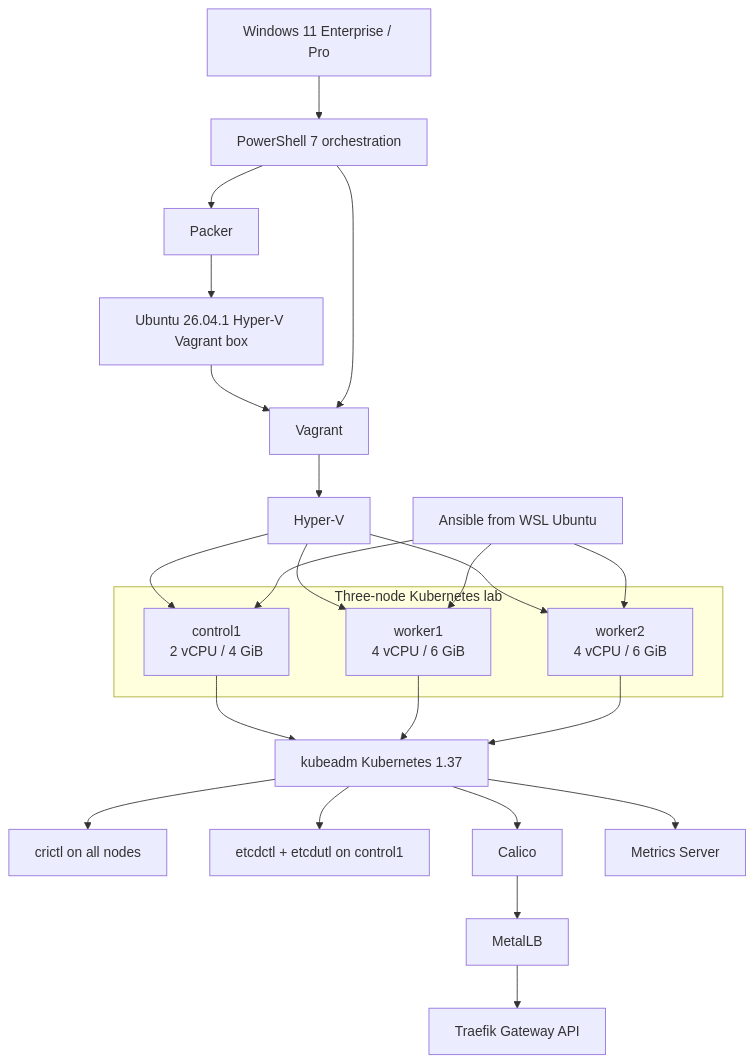
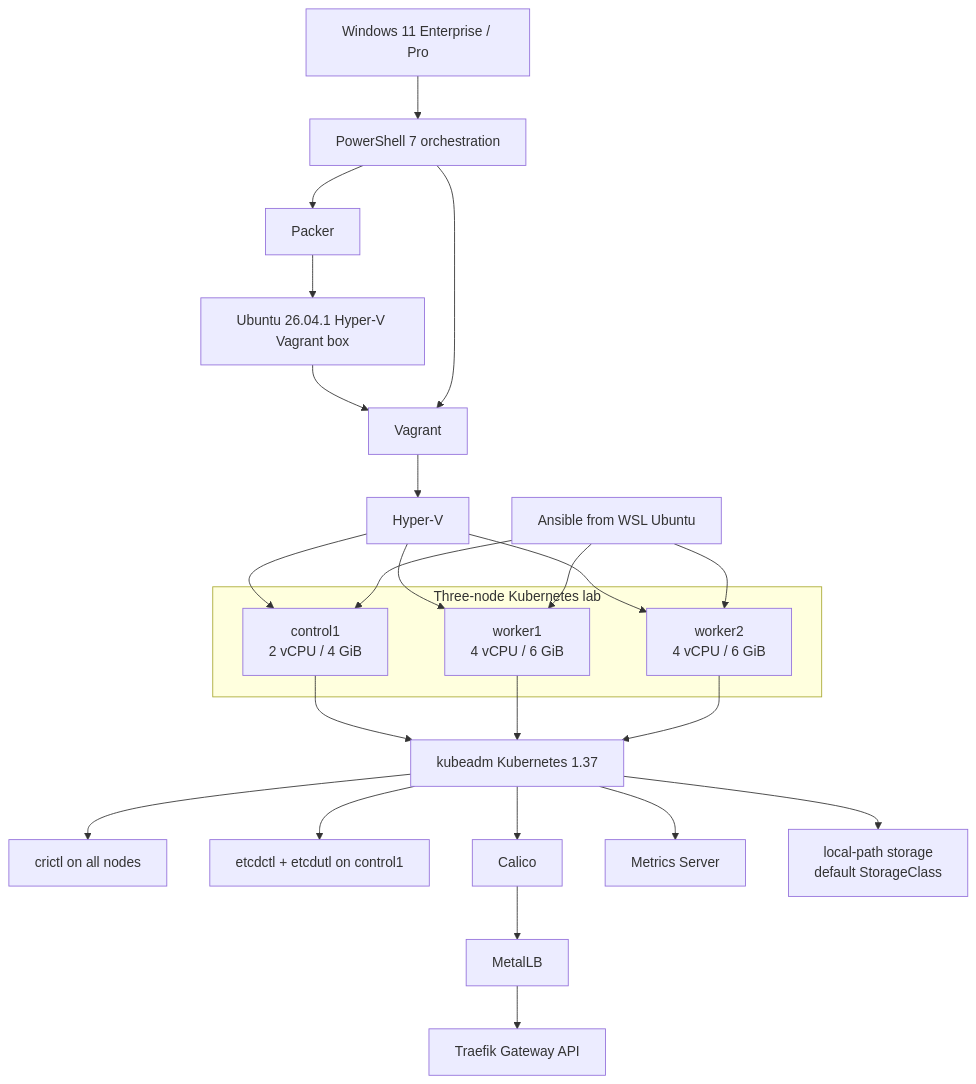
Before and after one commit to elmi70/k8s-hyperv-lab: the diagram in README.md, drawn with Mermaid. The commit also changed other lines of this file and 12 other files, not shown here.

First line of the commit message:
feat: install local-path-provisioner as the default StorageClass

````diff
--- a/README.md
+++ b/README.md
@@ -11,33 +11,34 @@
 ```mermaid
 flowchart TB
   WIN[Windows 11 Enterprise / Pro]
   PS[PowerShell 7 orchestration]
   PK[Packer]
   BOX[Ubuntu 26.04.1 Hyper-V Vagrant box]
   VG[Vagrant]
   HV[Hyper-V]
   AN[Ansible from WSL Ubuntu]
   WIN --> PS
   PS --> PK --> BOX --> VG
   PS --> VG --> HV
   subgraph LAB[Three-node Kubernetes lab]
     CP[control1<br/>2 vCPU / 4 GiB]
     W1[worker1<br/>4 vCPU / 6 GiB]
     W2[worker2<br/>4 vCPU / 6 GiB]
   end
   HV --> CP
   HV --> W1
   HV --> W2
   AN --> CP
   AN --> W1
   AN --> W2
   CP --> K[kubeadm Kubernetes 1.37]
   W1 --> K
   W2 --> K
   K --> NT[crictl on all nodes]
   K --> ET[etcdctl + etcdutl on control1]
   K --> CNI[Calico]
   CNI --> LB[MetalLB]
   LB --> TR[Traefik Gateway API]
   K --> MS[Metrics Server]
+  K --> ST[local-path storage<br/>default StorageClass]
 ```
````
